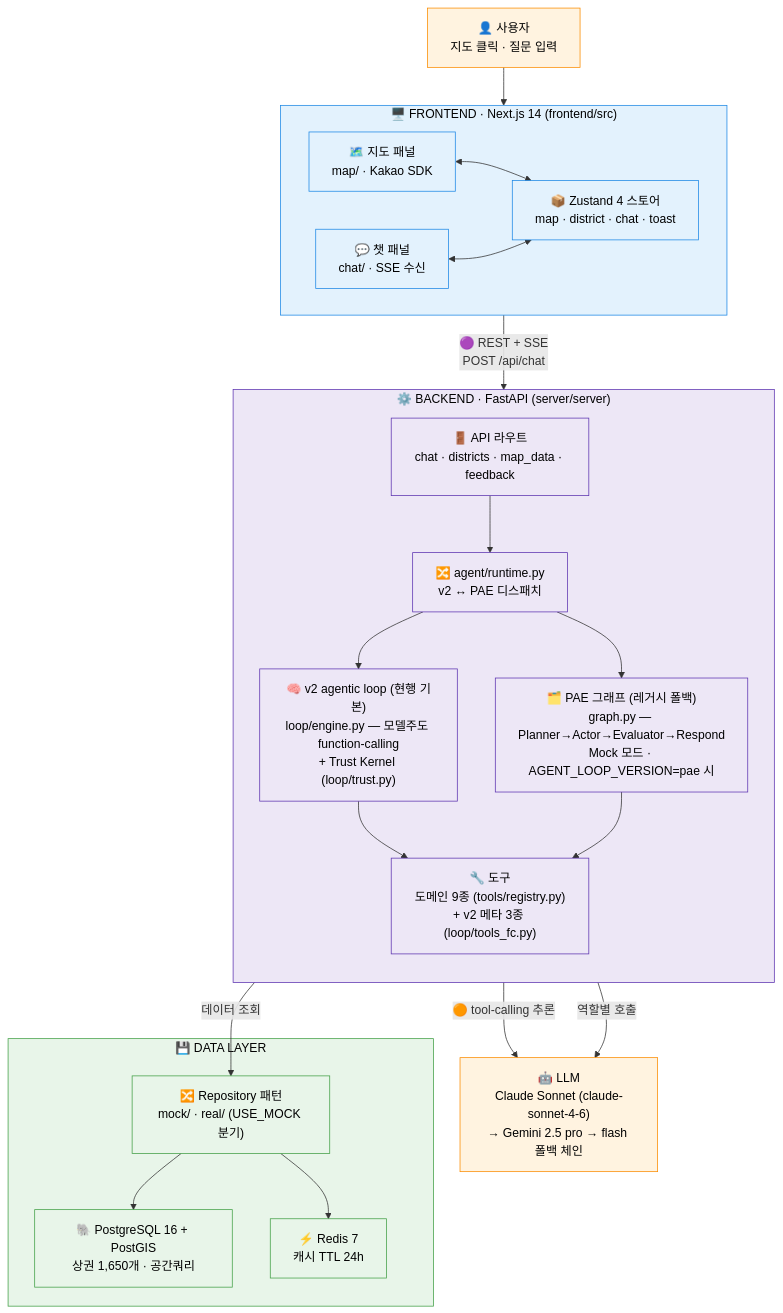
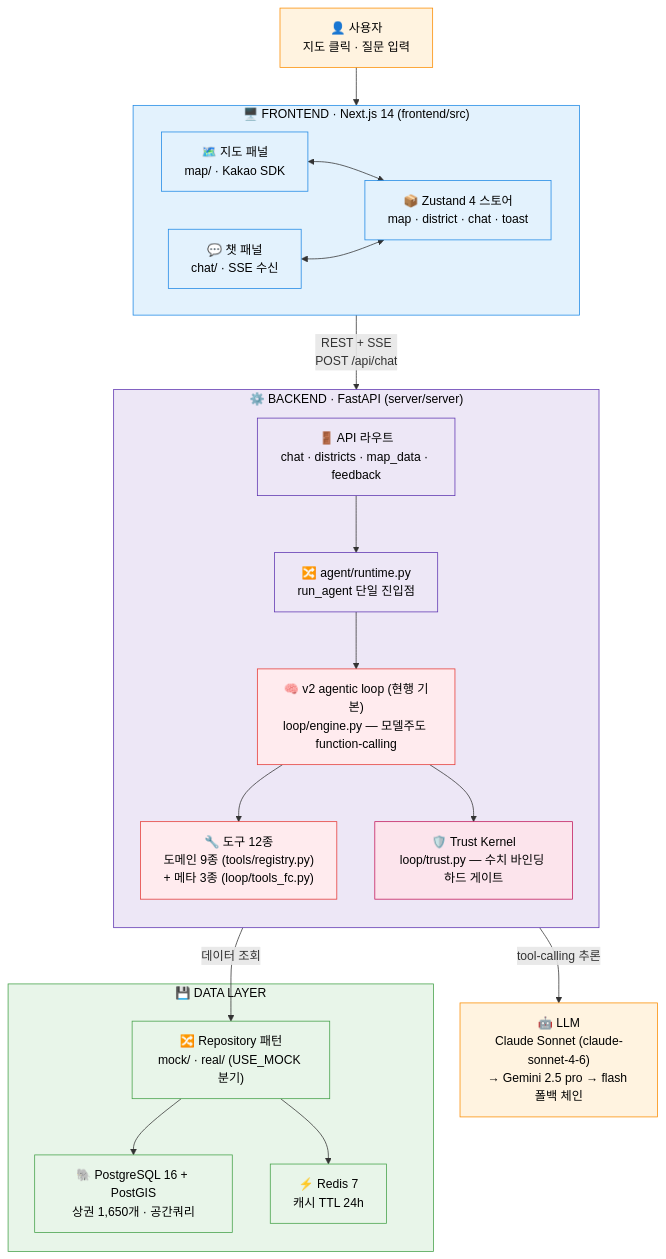
One commit to SJayKim/Catchment-Area-Analysis changed the first of 3 diagrams in docs/learning/ARCHITECTURE-MAP.md. Above: the diagram before and after it, drawn with Mermaid. The commit also changed other lines of this file and 14 other files, not shown here.

First line of the commit message:
refactor(agent): 죽은 agent_mode 설정 제거 — 관측 필드는 실효 루프(effective_loop_version) 보고

````diff
--- a/docs/learning/ARCHITECTURE-MAP.md
+++ b/docs/learning/ARCHITECTURE-MAP.md
@@ -23,52 +24,54 @@
 ```mermaid
 flowchart TB
     USER["👤 사용자<br/>지도 클릭 · 질문 입력"]
 
     subgraph FE["🖥️ FRONTEND · Next.js 14 (frontend/src)"]
         direction LR
         MAP["🗺️ 지도 패널<br/>map/ · Kakao SDK"]
         CHAT["💬 챗 패널<br/>chat/ · SSE 수신"]
         STORE["📦 Zustand 4 스토어<br/>map · district · chat · toast"]
         MAP <--> STORE
         CHAT <--> STORE
     end
 
     subgraph BE["⚙️ BACKEND · FastAPI (server/server)"]
         direction TB
         API["🚪 API 라우트<br/>chat · districts · map_data · feedback"]
-        RT["🔀 agent/runtime.py<br/>v2 ↔ PAE 디스패치"]
-        LOOP["🧠 v2 agentic loop (현행 기본)<br/>loop/engine.py — 모델주도 function-calling<br/>+ Trust Kernel (loop/trust.py)"]
-        PAE["🗂️ PAE 그래프 (레거시 폴백)<br/>graph.py — Planner→Actor→Evaluator→Respond<br/>Mock 모드 · AGENT_LOOP_VERSION=pae 시"]
-        TOOLS["🔧 도구<br/>도메인 9종 (tools/registry.py)<br/>+ v2 메타 3종 (loop/tools_fc.py)"]
+        RT["🔀 agent/runtime.py<br/>run_agent 단일 진입점"]
+        LOOP["🧠 v2 agentic loop (현행 기본)<br/>loop/engine.py — 모델주도 function-calling"]
+        TK["🛡️ Trust Kernel<br/>loop/trust.py — 수치 바인딩 하드 게이트"]
+        TOOLS["🔧 도구 12종<br/>도메인 9종 (tools/registry.py)<br/>+ 메타 3종 (loop/tools_fc.py)"]
         API --> RT
         RT --> LOOP
-        RT --> PAE
         LOOP --> TOOLS
-        PAE --> TOOLS
+        LOOP --> TK
     end
 
     subgraph DATA["💾 DATA LAYER"]
         REPO["🔀 Repository 패턴<br/>mock/ · real/ (USE_MOCK 분기)"]
         PG["🐘 PostgreSQL 16 + PostGIS<br/>상권 1,650개 · 공간쿼리"]
         RD["⚡ Redis 7<br/>캐시 TTL 24h"]
         REPO --> PG
         REPO --> RD
     end
 
     LLM["🤖 LLM<br/>Claude Sonnet (claude-sonnet-4-6)<br/>→ Gemini 2.5 pro → flash 폴백 체인"]
 
     USER --> FE
-    FE -->|"🟣 REST + SSE<br/>POST /api/chat"| BE
+    FE -->|"REST + SSE<br/>POST /api/chat"| BE
     TOOLS -->|"데이터 조회"| REPO
-    LOOP -->|"🟠 tool-calling 추론"| LLM
-    PAE -->|"역할별 호출"| LLM
+    LOOP -->|"tool-calling 추론"| LLM
 
     classDef fe fill:#e3f2fd,stroke:#1e88e5,color:#000
     classDef be fill:#ede7f6,stroke:#5e35b1,color:#000
+    classDef agent fill:#ffebee,stroke:#e53935,color:#000
     classDef data fill:#e8f5e9,stroke:#43a047,color:#000
     classDef ext fill:#fff3e0,stroke:#fb8c00,color:#000
+    classDef gate fill:#fce4ec,stroke:#c2185b,color:#000
     class FE,MAP,CHAT,STORE fe
-    class BE,API,RT,LOOP,PAE,TOOLS be
+    class BE,API,RT be
+    class LOOP,TOOLS agent
+    class TK gate
     class DATA,REPO,PG,RD data
     class LLM,USER ext
 ```
````
